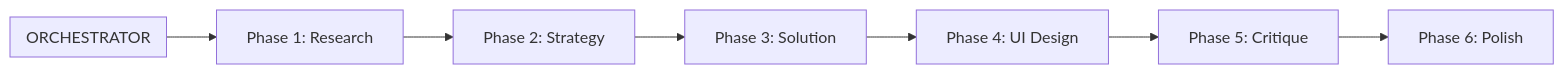
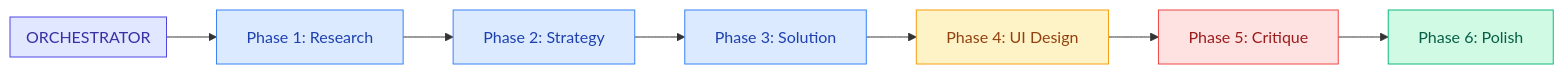
One commit to smileynet/ui-optimizer changed the first of 9 diagrams in docs/reference/diagram-comparison.md. Above: the diagram before and after it, drawn with Mermaid. The commit also changed other lines of this file and 3 other files, not shown here.

First line of the commit message:
fix: apply classDef styling to all Mermaid nodes

````diff
--- a/docs/reference/diagram-comparison.md
+++ b/docs/reference/diagram-comparison.md
@@ -19,14 +19,20 @@
 ```mermaid
 flowchart LR
+    classDef orchestrator fill:#E0E7FF,stroke:#4F46E5,color:#3730A3
+    classDef research fill:#DBEAFE,stroke:#3B82F6,color:#1E40AF
+    classDef design fill:#FEF3C7,stroke:#F59E0B,color:#92400E
+    classDef validate fill:#FEE2E2,stroke:#EF4444,color:#991B1B
+    classDef complete fill:#D1FAE5,stroke:#10B981,color:#065F46
+    
     subgraph Orchestrator["ORCHESTRATOR"]
         direction LR
     end
     
-    P1[Phase 1: Research] --> P2[Phase 2: Strategy]
-    P2 --> P3[Phase 3: Solution]
-    P3 --> P4[Phase 4: UI Design]
-    P4 --> P5[Phase 5: Critique]
-    P5 --> P6[Phase 6: Polish]
+    P1[Phase 1: Research]:::research --> P2[Phase 2: Strategy]:::research
+    P2 --> P3[Phase 3: Solution]:::research
+    P3 --> P4[Phase 4: UI Design]:::design
+    P4 --> P5[Phase 5: Critique]:::validate
+    P5 --> P6[Phase 6: Polish]:::complete
     
-    Orchestrator --> P1
+    Orchestrator:::orchestrator --> P1
 ```
````
